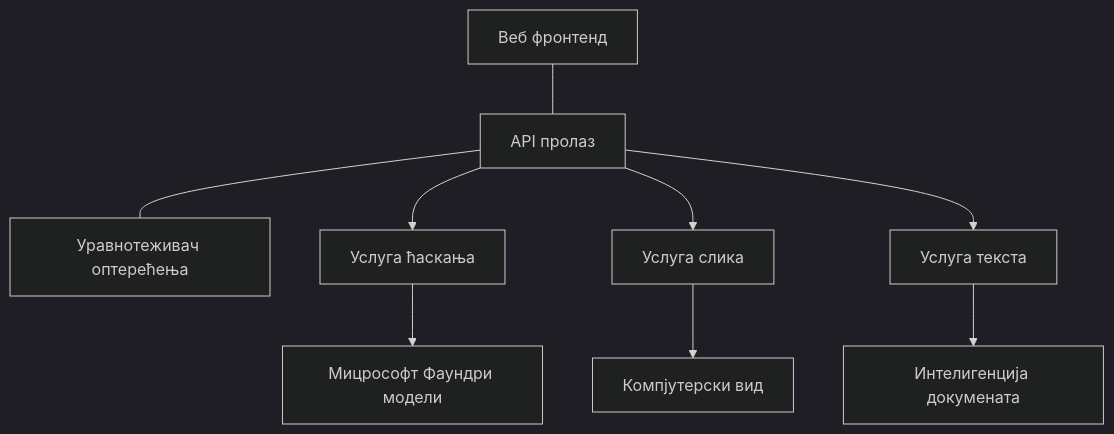
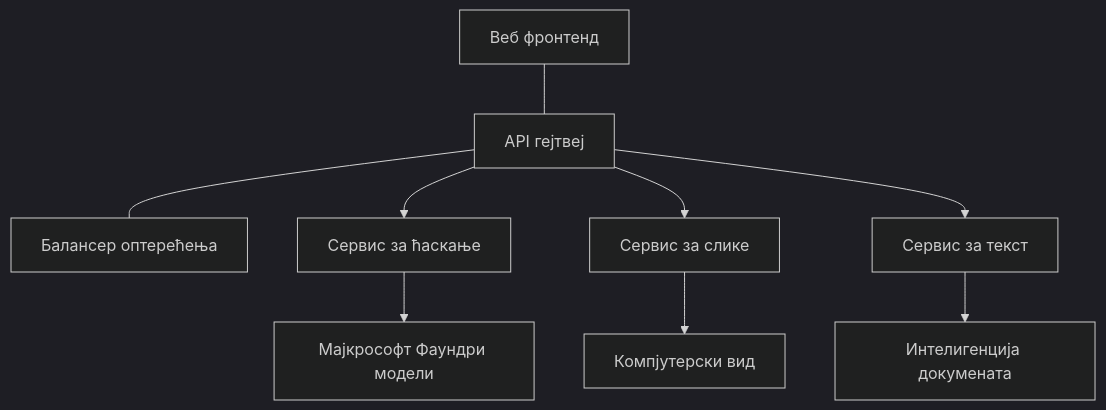
The diagram in translations/sr/docs/chapter-08-production/production-ai-practices.md (microsoft/AZD-for-beginners), drawn with Mermaid (dark theme) before and after one commit. The commit also changed other lines of this file and 104 other files, not shown here.

````diff
--- a/translations/sr/docs/chapter-08-production/production-ai-practices.md
+++ b/translations/sr/docs/chapter-08-production/production-ai-practices.md
@@ -30,10 +30,10 @@
 ```mermaid
 graph TD
-    Frontend[Веб фронтенд] --- Gateway[API пролаз] --- LB[Уравнотеживач оптерећења]
-    Gateway --> Chat[Услуга ћаскања]
-    Gateway --> Image[Услуга слика]
-    Gateway --> Text[Услуга текста]
-    Chat --> OpenAI[Мицрософт Фаундри модели]
+    Frontend[Веб фронтенд] --- Gateway[API гејтвеј] --- LB[Балансер оптерећења]
+    Gateway --> Chat[Сервис за ћаскање]
+    Gateway --> Image[Сервис за слике]
+    Gateway --> Text[Сервис за текст]
+    Chat --> OpenAI[Мајкрософт Фаундри модели]
     Image --> Vision[Компјутерски вид]
     Text --> DocIntel[Интелигенција докумената]
 ```
````
